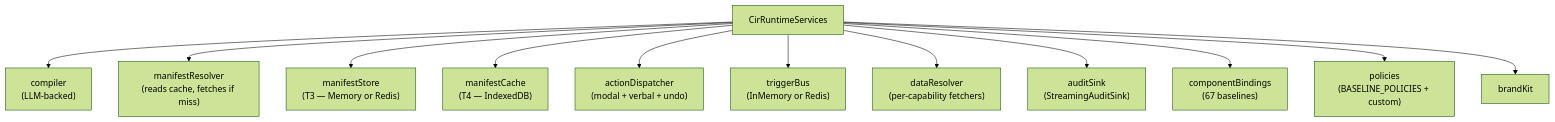
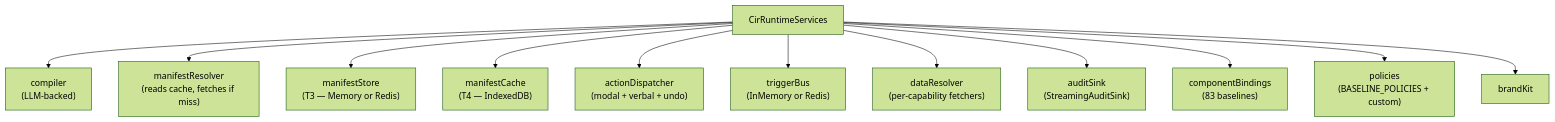
Before and after one commit to fragmatic-io/atelier: the first of 2 diagrams in apps/docs/src/content/docs/runtime/overview.mdx, drawn with Mermaid (forest theme). The commit also changed other lines of this file and 47 other files, not shown here.

````diff
--- a/apps/docs/src/content/docs/runtime/overview.mdx
+++ b/apps/docs/src/content/docs/runtime/overview.mdx
@@ -12,15 +12,15 @@
 ```mermaid
 flowchart TB
   Services[CirRuntimeServices]
   Services --> Compiler["compiler<br/>(LLM-backed)"]
   Services --> Resolver["manifestResolver<br/>(reads cache, fetches if miss)"]
   Services --> Store["manifestStore<br/>(T3 — Memory or Redis)"]
   Services --> Cache["manifestCache<br/>(T4 — IndexedDB)"]
   Services --> Dispatcher["actionDispatcher<br/>(modal + verbal + undo)"]
   Services --> Bus["triggerBus<br/>(InMemory or Redis)"]
   Services --> DataResolver["dataResolver<br/>(per-capability fetchers)"]
   Services --> AuditSink["auditSink<br/>(StreamingAuditSink)"]
-  Services --> Bindings["componentBindings<br/>(67 baselines)"]
+  Services --> Bindings["componentBindings<br/>(83 baselines)"]
   Services --> Policies["policies<br/>(BASELINE_POLICIES + custom)"]
   Services --> Brand["brandKit"]
 ```
````
